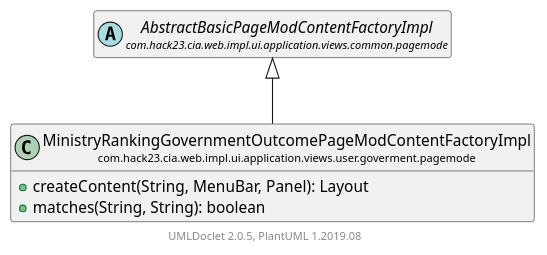
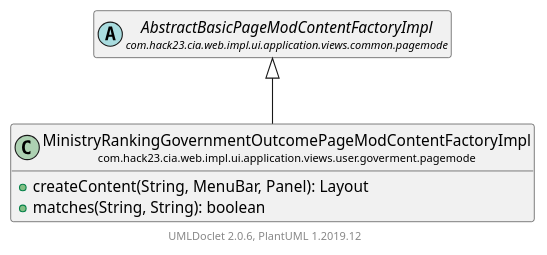
The diagram in apidocs/com/hack23/cia/web/impl/ui/application/views/user/goverment/pagemode/MinistryRankingGovernmentOutcomePageModContentFactoryImpl.puml (Hack23/cia), drawn with PlantUML before and after one commit. The commit also changed 3777 other files, not shown here.

```diff
--- a/apidocs/com/hack23/cia/web/impl/ui/application/views/user/goverment/pagemode/MinistryRankingGovernmentOutcomePageModContentFactoryImpl.puml
+++ b/apidocs/com/hack23/cia/web/impl/ui/application/views/user/goverment/pagemode/MinistryRankingGovernmentOutcomePageModContentFactoryImpl.puml
@@ -1,16 +1,16 @@
 @startuml
     set namespaceSeparator none
     hide empty fields
     hide empty methods
 
     class "<size:14>MinistryRankingGovernmentOutcomePageModContentFactoryImpl\n<size:10>com.hack23.cia.web.impl.ui.application.views.user.goverment.pagemode" as com.hack23.cia.web.impl.ui.application.views.user.goverment.pagemode.MinistryRankingGovernmentOutcomePageModContentFactoryImpl [[MinistryRankingGovernmentOutcomePageModContentFactoryImpl.html]] {
         +createContent(String, MenuBar, Panel): Layout
         +matches(String, String): boolean
     }
 
     abstract class "<size:14>AbstractBasicPageModContentFactoryImpl\n<size:10>com.hack23.cia.web.impl.ui.application.views.common.pagemode" as com.hack23.cia.web.impl.ui.application.views.common.pagemode.AbstractBasicPageModContentFactoryImpl [[../../../common/pagemode/AbstractBasicPageModContentFactoryImpl.html]]
 
     com.hack23.cia.web.impl.ui.application.views.common.pagemode.AbstractBasicPageModContentFactoryImpl <|-- com.hack23.cia.web.impl.ui.application.views.user.goverment.pagemode.MinistryRankingGovernmentOutcomePageModContentFactoryImpl
 
-    center footer UMLDoclet 2.0.5, PlantUML 1.2019.08
+    center footer UMLDoclet 2.0.6, PlantUML 1.2019.12
 @enduml
```
